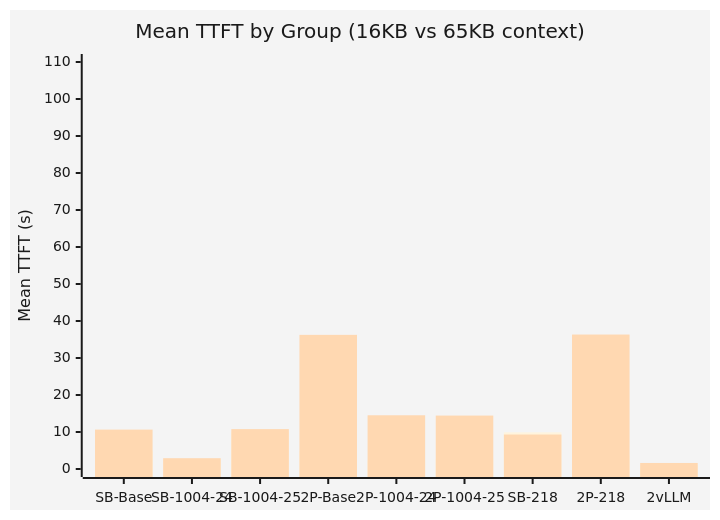
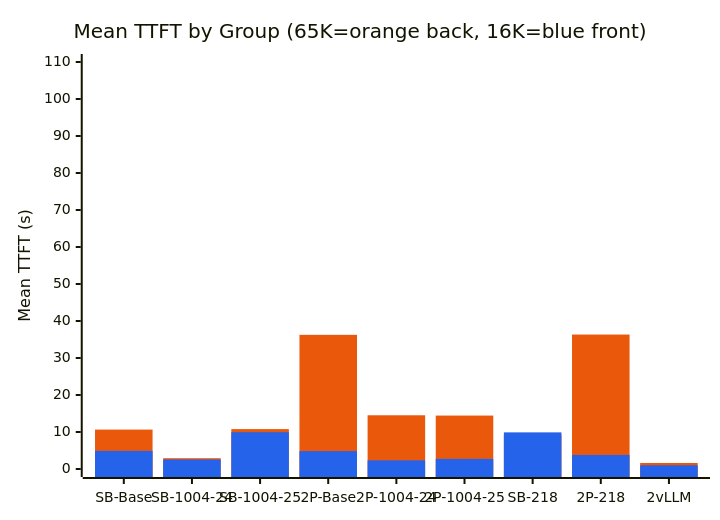
The first of 4 diagrams in deployment/cases/cache-type-routing-validation/RESULTS_SUMMARY.md (Ceng23333/InfiniLM-SVC), drawn with Mermaid before and after one commit. The commit also changed other lines of this file, not shown here.

Commit message:
update the style of chart

````diff
--- a/deployment/cases/cache-type-routing-validation/RESULTS_SUMMARY.md
+++ b/deployment/cases/cache-type-routing-validation/RESULTS_SUMMARY.md
@@ -222,9 +222,9 @@
 ```mermaid
-%%{init: {'theme': 'base', 'themeVariables': {'primaryTextColor': '#1a1a1a', 'titleColor': '#1a1a1a', 'lineColor': '#333'}}}%%
+%%{init: {'theme': 'base', 'themeVariables': {'primaryTextColor': '#1a1a1a', 'titleColor': '#1a1a1a', 'lineColor': '#333', 'xyChart': {'plotColorPalette': "#ea580c, #2563eb"}}}}%%
 xychart-beta
-    title "Mean TTFT by Group (16KB vs 65KB context)"
+    title "Mean TTFT by Group (65K=orange back, 16K=blue front)"
     x-axis [SB-Base, SB-1004-24, SB-1004-25, 2P-Base, 2P-1004-24, 2P-1004-25, SB-218, 2P-218, 2vLLM]
     y-axis "Mean TTFT (s)" 0 --> 110
+    bar [10.65, 2.92, 10.78, 36.26, 14.52, 14.44, 9.32, 36.34, 1.63]
     bar [4.9, 2.56, 9.94, 4.83, 2.34, 2.73, 9.9, 3.8, 1.0]
-    bar [10.65, 2.92, 10.78, 36.26, 14.52, 14.44, 9.32, 36.34, 1.63]
 ```
````
